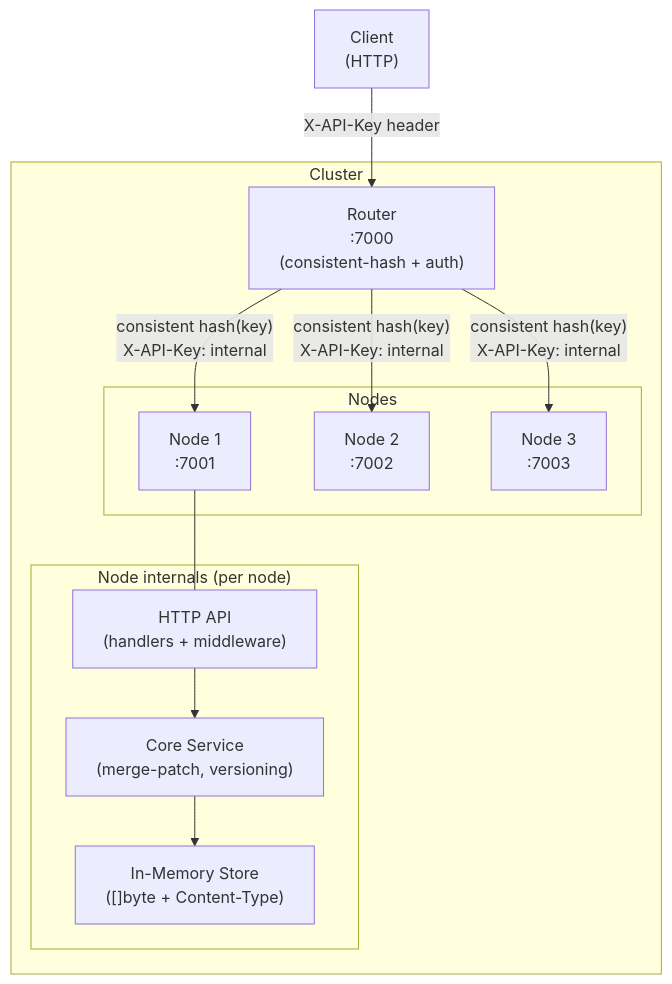
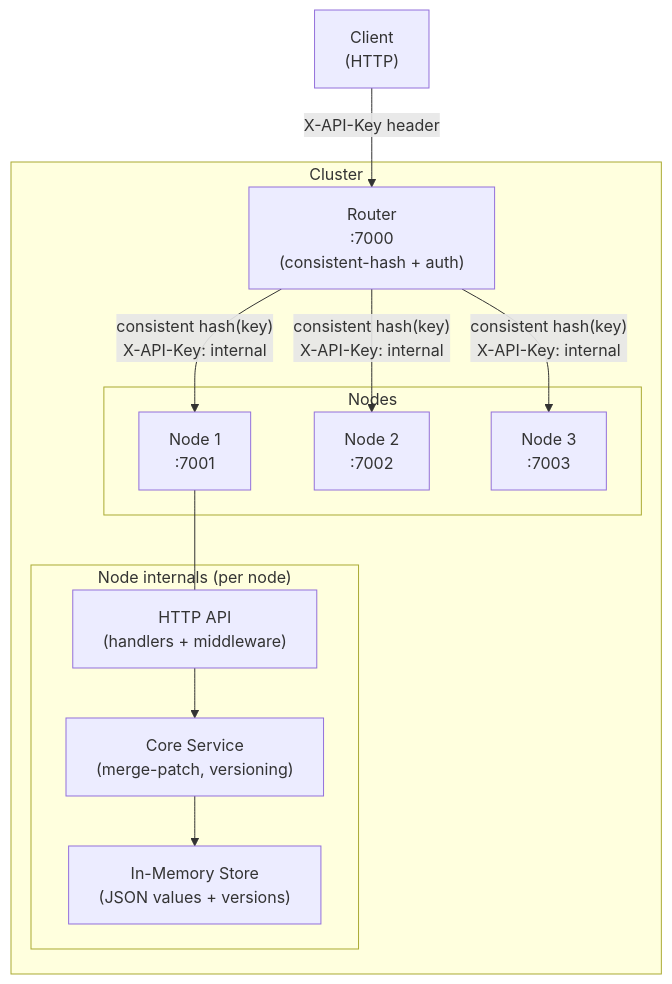
One commit to ksysoev/mimir changed the diagram in README.md. Above: the diagram before and after it, drawn with Mermaid. The commit also changed other lines of this file, not shown here.

Commit message:
docs: restrict README to JSON-only; remove binary/plain-text examples

````diff
--- a/README.md
+++ b/README.md
@@ -14,28 +14,28 @@
 ```mermaid
 graph TD
     Client["Client\n(HTTP)"]
 
     subgraph Cluster
         Router["Router\n:7000\n(consistent-hash + auth)"]
 
         subgraph Nodes
             N1["Node 1\n:7001"]
             N2["Node 2\n:7002"]
             N3["Node 3\n:7003"]
         end
 
         subgraph NodeInternals["Node internals (per node)"]
             API["HTTP API\n(handlers + middleware)"]
             SVC["Core Service\n(merge-patch, versioning)"]
-            STORE["In-Memory Store\n([]byte + Content-Type)"]
+            STORE["In-Memory Store\n(JSON values + versions)"]
         end
     end
 
     Client -->|"X-API-Key header"| Router
     Router -->|"consistent hash(key)\nX-API-Key: internal"| N1
     Router -->|"consistent hash(key)\nX-API-Key: internal"| N2
     Router -->|"consistent hash(key)\nX-API-Key: internal"| N3
     N1 --- API
     API --> SVC
     SVC --> STORE
 ```
````
